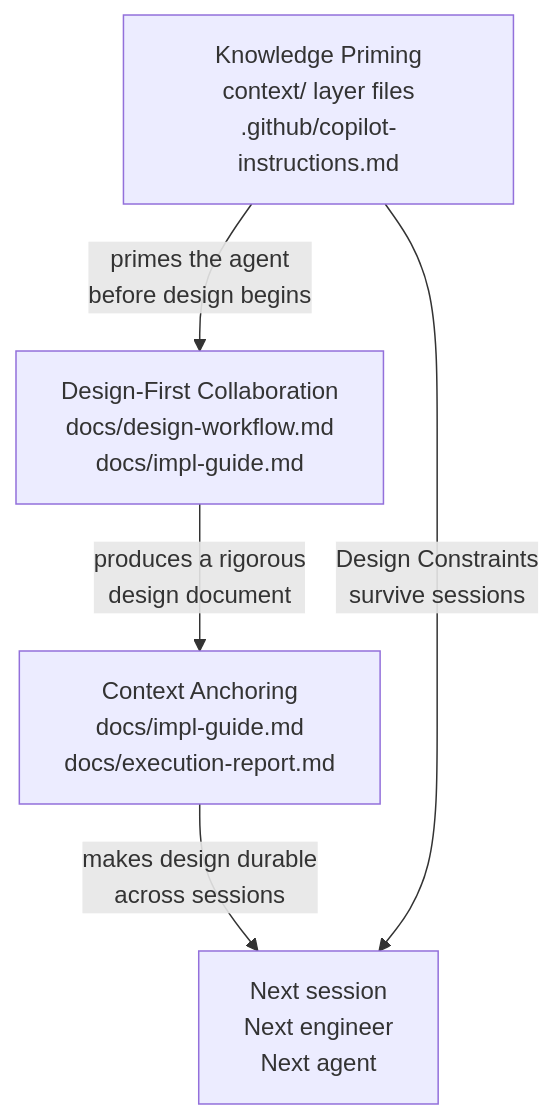
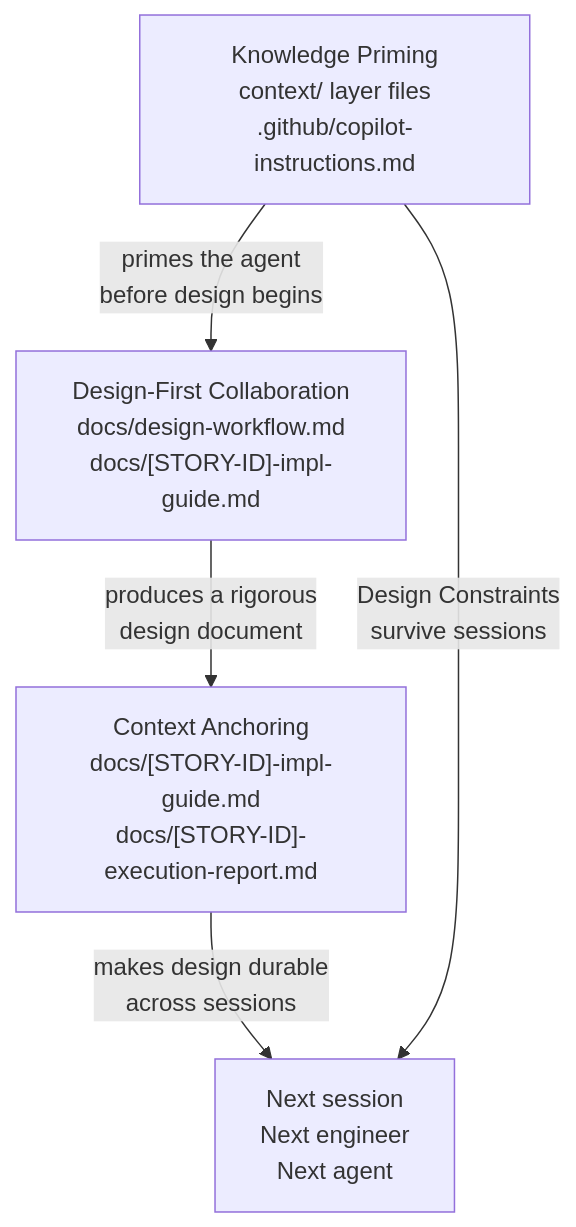
One commit to andresdiegolanda/design-first-ai changed the fifth of 5 diagrams in docs/garg-mapping.md. Above: the diagram before and after it, drawn with Mermaid. The commit also changed other lines of this file and 2 other files, not shown here.

First line of the commit message:
refactor(context): replace layer-5-story-context with two placeholder files; fix stale refs

````diff
--- a/docs/garg-mapping.md
+++ b/docs/garg-mapping.md
@@ -189,10 +193,10 @@
 ```mermaid
 graph TD
     KP["Knowledge Priming\ncontext/ layer files\n.github/copilot-instructions.md"] -->|"primes the agent\nbefore design begins"| DF
 
-    DF["Design-First Collaboration\ndocs/design-workflow.md\ndocs/impl-guide.md"] -->|"produces a rigorous\ndesign document"| CA
+    DF["Design-First Collaboration\ndocs/design-workflow.md\ndocs/[STORY-ID]-impl-guide.md"] -->|"produces a rigorous\ndesign document"| CA
 
-    CA["Context Anchoring\ndocs/impl-guide.md\ndocs/execution-report.md"] -->|"makes design durable\nacross sessions"| NEXT["Next session\nNext engineer\nNext agent"]
+    CA["Context Anchoring\ndocs/[STORY-ID]-impl-guide.md\ndocs/[STORY-ID]-execution-report.md"] -->|"makes design durable\nacross sessions"| NEXT["Next session\nNext engineer\nNext agent"]
 
     KP -->|"Design Constraints\nsurvive sessions"| NEXT
 ```
````
